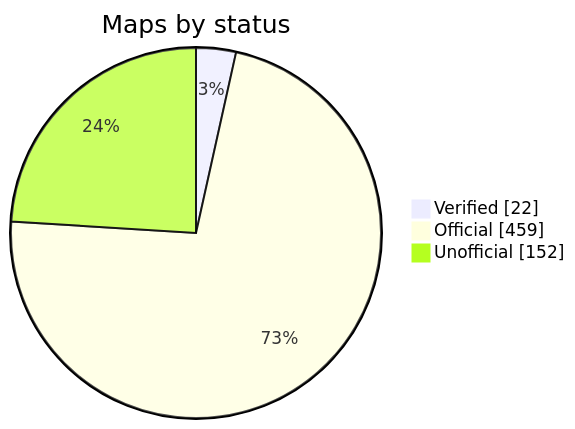
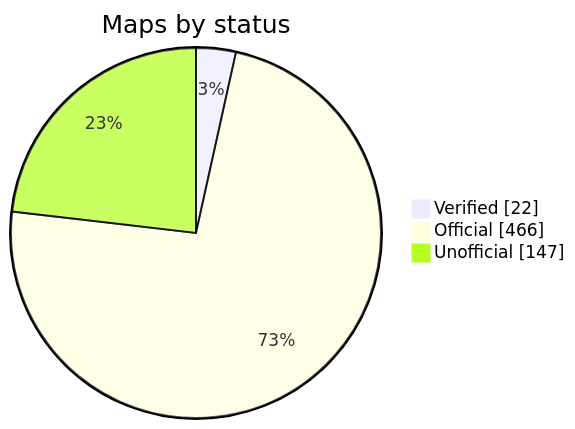
The diagram in README.md (nobrega8/mbmap-library), drawn with Mermaid before and after one commit. The commit also changed 4 other files, not shown here.

````diff
--- a/README.md
+++ b/README.md
@@ -52,7 +52,7 @@
 ```mermaid
 pie showData
     title Maps by status
     "Verified" : 22
-    "Official" : 459
-    "Unofficial" : 152
+    "Official" : 466
+    "Unofficial" : 147
 ```
````
